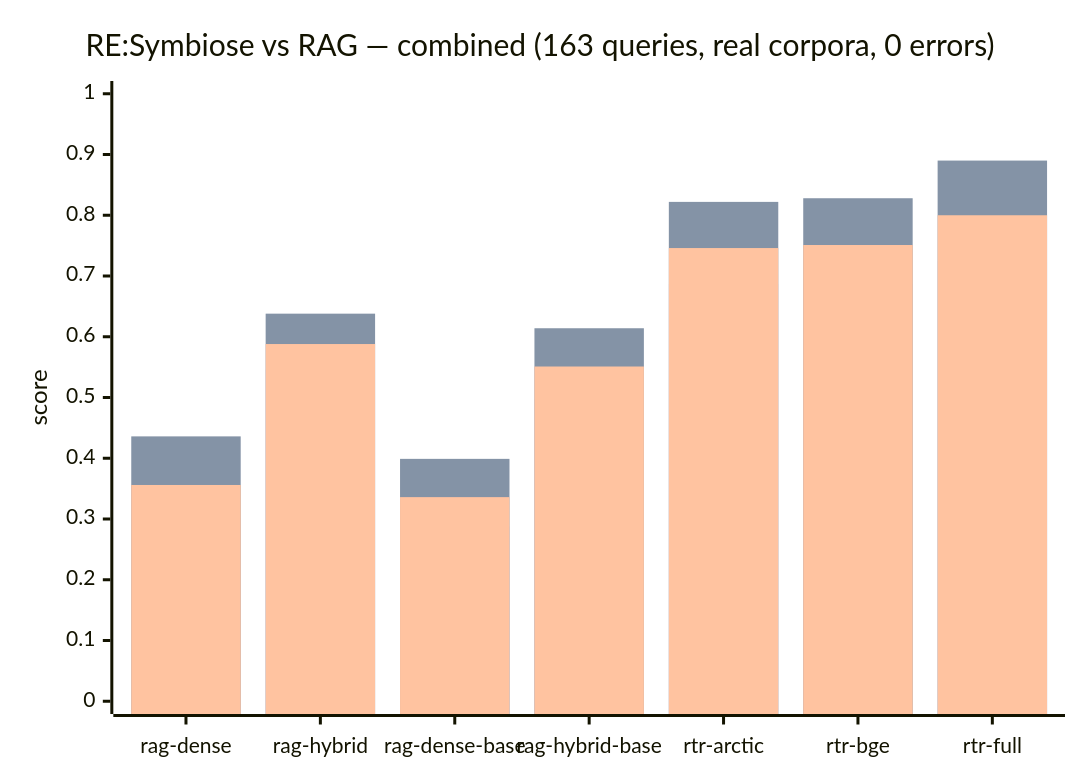
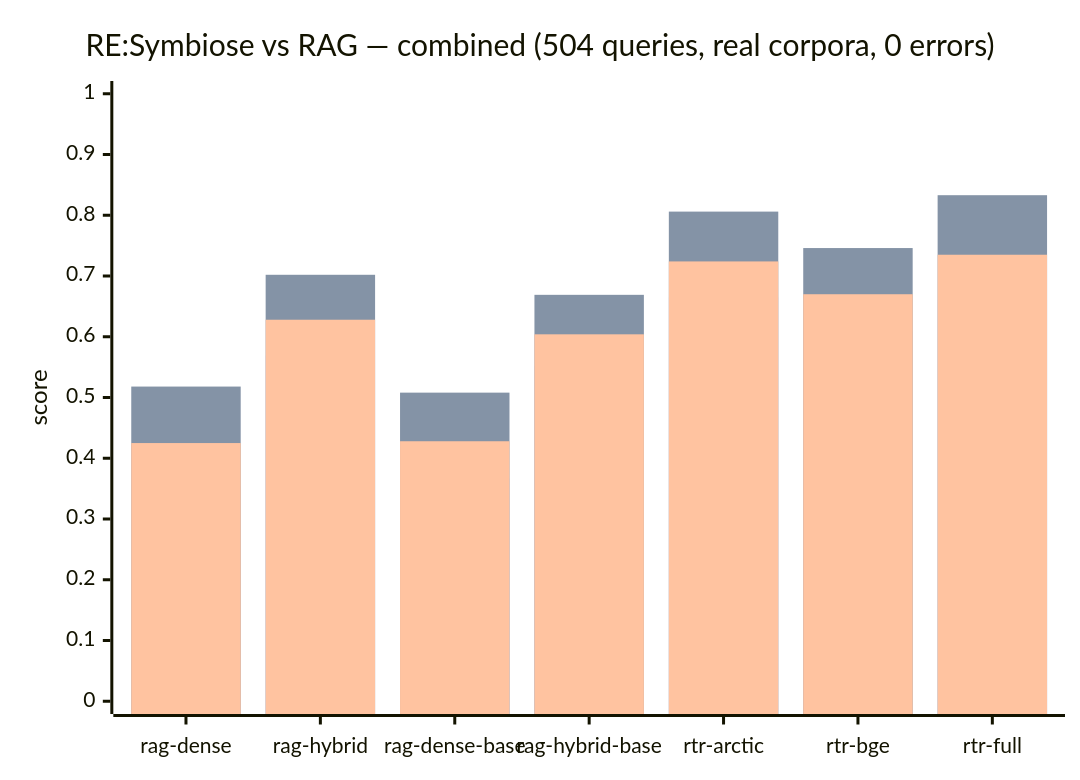
The diagram in eval/versus.mmd (Nova-Violet-Role/RTR-RE), drawn with Mermaid before and after one commit. The commit also changed 55 other files, not shown here.

```diff
--- a/eval/versus.mmd
+++ b/eval/versus.mmd
@@ -1,9 +1,9 @@
 %% SPDX-FileCopyrightText: Nova-Violet Role ORG
 %% SPDX-License-Identifier: EUPL-1.2 OR AGPL-3.0-or-later
 xychart-beta
-    title "RE:Symbiose vs RAG — combined (163 queries, real corpora, 0 errors)"
+    title "RE:Symbiose vs RAG — combined (504 queries, real corpora, 0 errors)"
     x-axis ["rag-dense", "rag-hybrid", "rag-dense-base", "rag-hybrid-base", "rtr-arctic", "rtr-bge", "rtr-full"]
     y-axis "score" 0 --> 1
-    bar "R@1" [0.301, 0.546, 0.288, 0.497, 0.687, 0.687, 0.724]
-    bar "R@3" [0.436, 0.638, 0.399, 0.614, 0.822, 0.828, 0.890]
-    bar "MRR" [0.356, 0.588, 0.336, 0.551, 0.746, 0.751, 0.800]
+    bar "R@1" [0.355, 0.569, 0.367, 0.552, 0.665, 0.609, 0.661]
+    bar "R@3" [0.518, 0.702, 0.508, 0.669, 0.806, 0.746, 0.833]
+    bar "MRR" [0.425, 0.628, 0.428, 0.604, 0.724, 0.670, 0.735]
```
